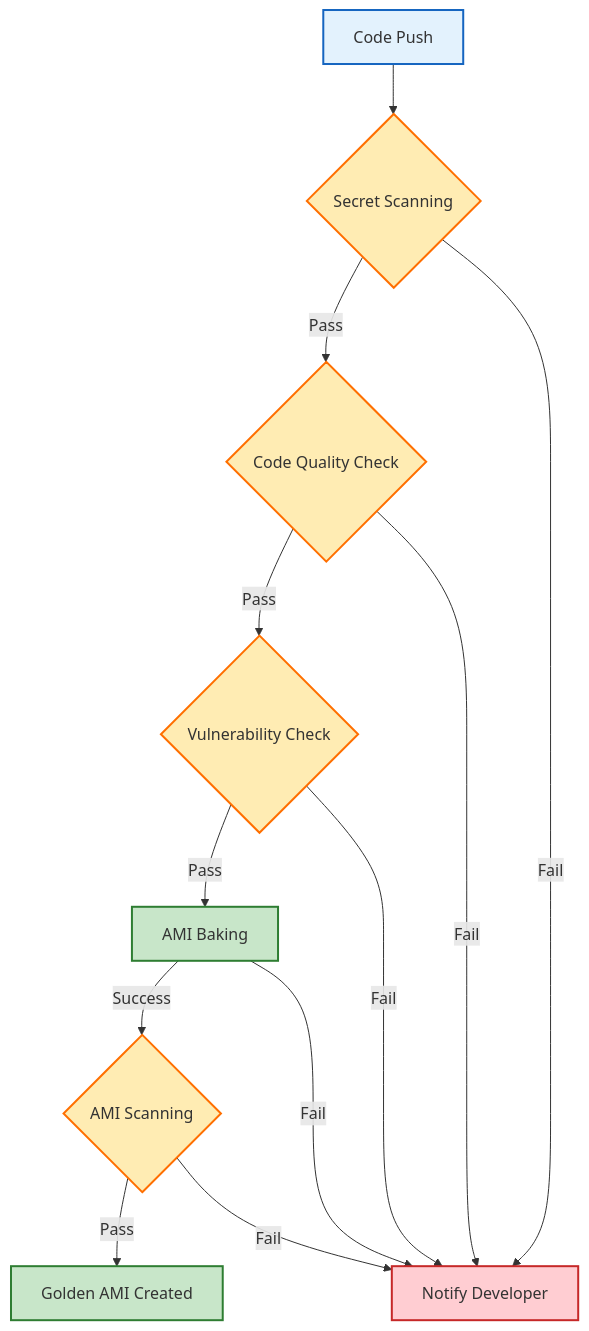
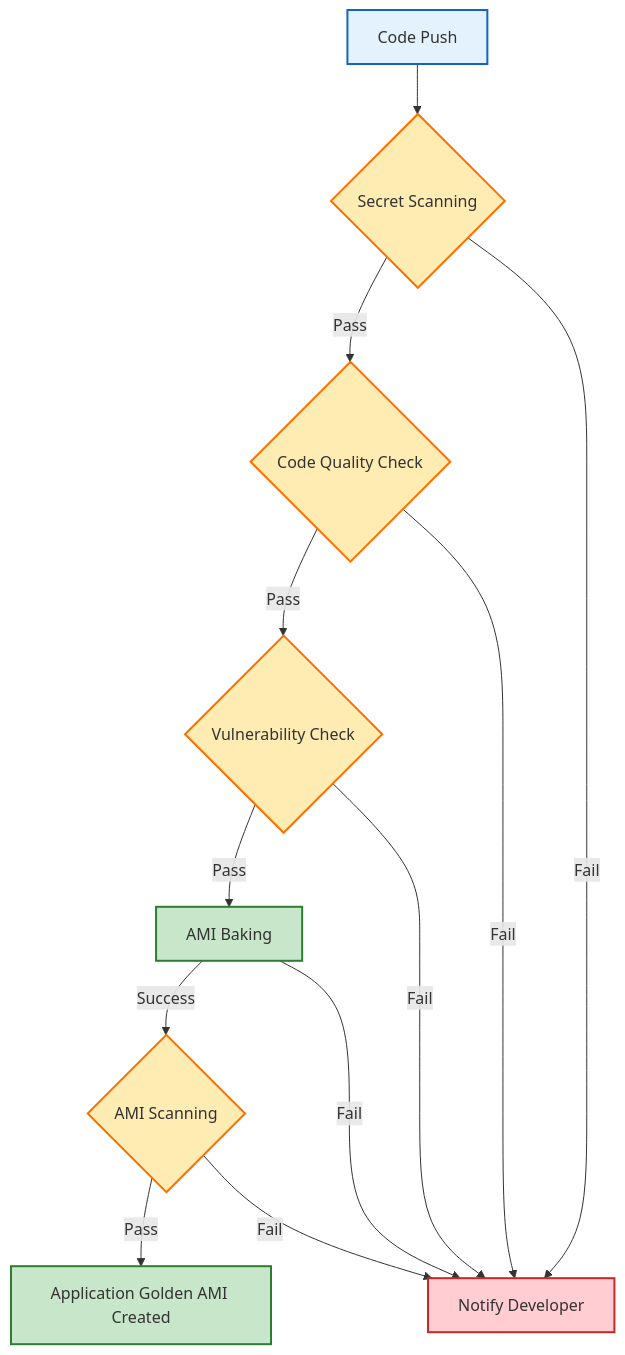
One commit to BakeFoundry/bakefoundry-platform-documentation changed the diagram in codeflow/codeflow.md. Above: the diagram before and after it, drawn with Mermaid. The commit also changed other lines of this file, not shown here.

Commit message:
Docs: update AMI terminology in codeflow.md

````diff
--- a/codeflow/codeflow.md
+++ b/codeflow/codeflow.md
@@ -44,25 +44,25 @@
 ```mermaid
 graph TD
     A[Code Push] --> B{Secret Scanning}
     B -->|Pass| C{Code Quality Check}
     B -->|Fail| Z[Notify Developer]
     C -->|Pass| D{Vulnerability Check}
     C -->|Fail| Z
     D -->|Pass| E[AMI Baking]
     D -->|Fail| Z
     E -->|Success| F{AMI Scanning}
     E -->|Fail| Z
-    F -->|Pass| G[Golden AMI Created]
+    F -->|Pass| G[Application Golden AMI Created]
     F -->|Fail| Z
 
     %% Styling
     classDef condition fill:#ffecb3,stroke:#ff6f00,stroke-width:2px;
     classDef success fill:#c8e6c9,stroke:#2e7d32,stroke-width:2px;
     classDef failure fill:#ffcdd2,stroke:#c62828,stroke-width:2px;
     classDef standard fill:#e3f2fd,stroke:#1565c0,stroke-width:2px;
 
     class B,C,D,F condition;
     class E,G success;
     class Z failure;
     class A standard;
 ```
````
